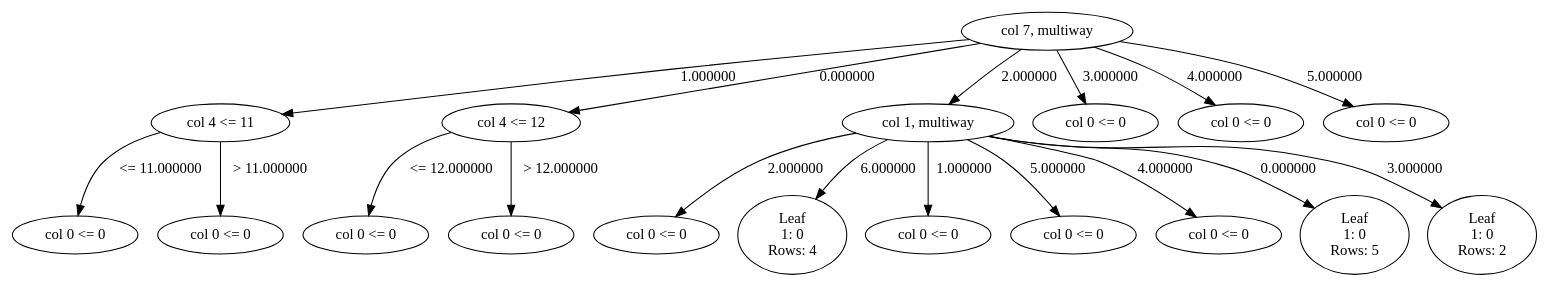
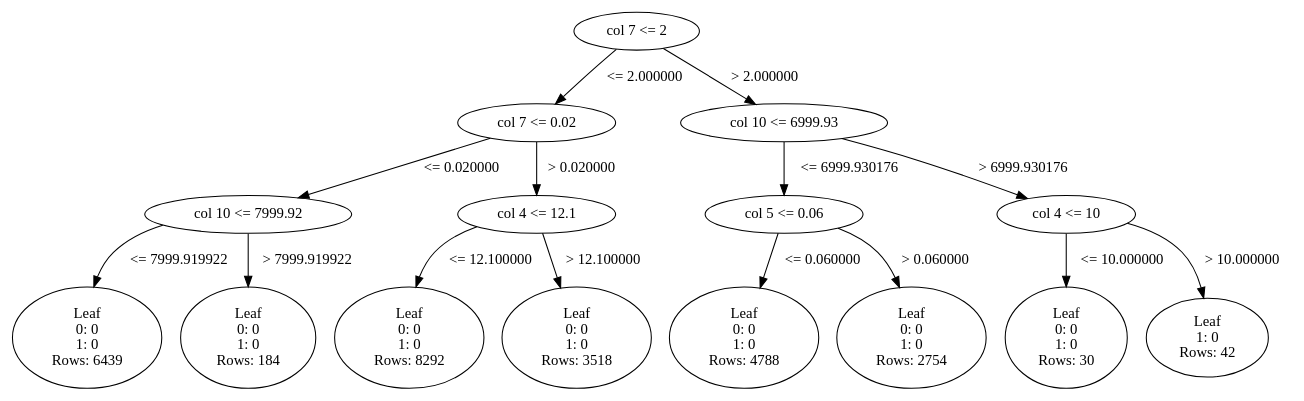
Before and after one commit to SeveredAsif/DecisionTree: the diagram in tree.dot, drawn with Graphviz. The commit also changed 7 other files, not shown here.

```diff
--- a/tree.dot
+++ b/tree.dot
@@ -1,40 +1,39 @@
 digraph DecisionTree {
-  node0 [label="col 7, multiway"]
-  node1 [label="col 4 <= 11"]
-  node0 -> node1 [label="1.000000"]
-  node2 [label="col 0 <= 0"]
-  node1 -> node2 [label="<= 11.000000"]
-  node3 [label="col 0 <= 0"]
-  node1 -> node3 [label="> 11.000000"]
-  node4 [label="col 4 <= 12"]
-  node0 -> node4 [label="0.000000"]
-  node5 [label="col 0 <= 0"]
-  node4 -> node5 [label="<= 12.000000"]
-  node6 [label="col 0 <= 0"]
-  node4 -> node6 [label="> 12.000000"]
-  node7 [label="col 1, multiway"]
-  node0 -> node7 [label="2.000000"]
-  node8 [label="col 0 <= 0"]
-  node7 -> node8 [label="2.000000"]
-  node9 [label="Leaf
-1: 0\nRows: 4"]
-  node7 -> node9 [label="6.000000"]
-  node10 [label="col 0 <= 0"]
-  node7 -> node10 [label="1.000000"]
-  node11 [label="col 0 <= 0"]
-  node7 -> node11 [label="5.000000"]
-  node12 [label="col 0 <= 0"]
-  node7 -> node12 [label="4.000000"]
+  node0 [label="col 7 <= 2"]
+  node1 [label="col 7 <= 0.02"]
+  node0 -> node1 [label="<= 2.000000"]
+  node2 [label="col 10 <= 7999.92"]
+  node1 -> node2 [label="<= 0.020000"]
+  node3 [label="Leaf
+0: 0\n1: 0\nRows: 6439"]
+  node2 -> node3 [label="<= 7999.919922"]
+  node4 [label="Leaf
+0: 0\n1: 0\nRows: 184"]
+  node2 -> node4 [label="> 7999.919922"]
+  node5 [label="col 4 <= 12.1"]
+  node1 -> node5 [label="> 0.020000"]
+  node6 [label="Leaf
+0: 0\n1: 0\nRows: 8292"]
+  node5 -> node6 [label="<= 12.100000"]
+  node7 [label="Leaf
+0: 0\n1: 0\nRows: 3518"]
+  node5 -> node7 [label="> 12.100000"]
+  node8 [label="col 10 <= 6999.93"]
+  node0 -> node8 [label="> 2.000000"]
+  node9 [label="col 5 <= 0.06"]
+  node8 -> node9 [label="<= 6999.930176"]
+  node10 [label="Leaf
+0: 0\n1: 0\nRows: 4788"]
+  node9 -> node10 [label="<= 0.060000"]
+  node11 [label="Leaf
+0: 0\n1: 0\nRows: 2754"]
+  node9 -> node11 [label="> 0.060000"]
+  node12 [label="col 4 <= 10"]
+  node8 -> node12 [label="> 6999.930176"]
   node13 [label="Leaf
-1: 0\nRows: 5"]
-  node7 -> node13 [label="0.000000"]
+0: 0\n1: 0\nRows: 30"]
+  node12 -> node13 [label="<= 10.000000"]
   node14 [label="Leaf
-1: 0\nRows: 2"]
-  node7 -> node14 [label="3.000000"]
-  node15 [label="col 0 <= 0"]
-  node0 -> node15 [label="3.000000"]
-  node16 [label="col 0 <= 0"]
-  node0 -> node16 [label="4.000000"]
-  node17 [label="col 0 <= 0"]
-  node0 -> node17 [label="5.000000"]
+1: 0\nRows: 42"]
+  node12 -> node14 [label="> 10.000000"]
 }
```
